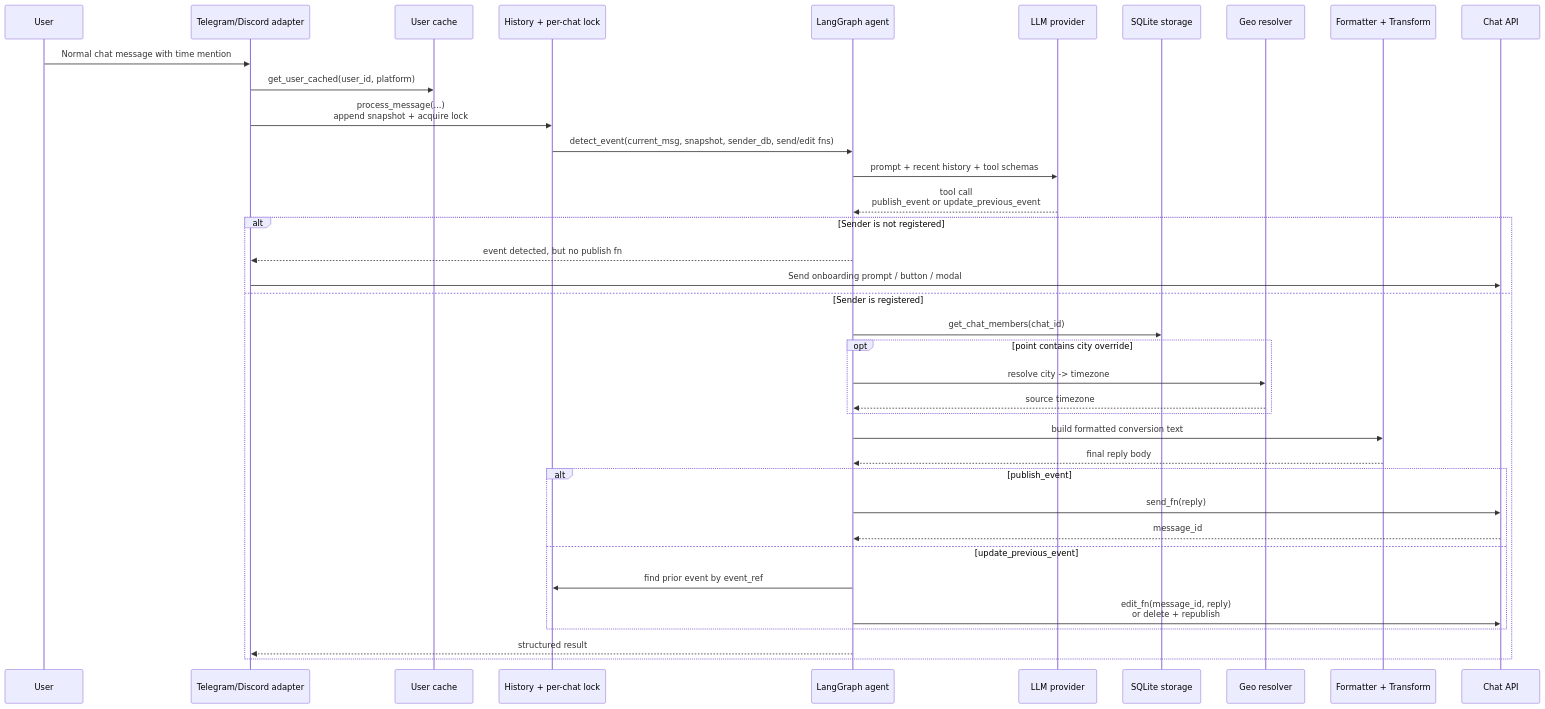
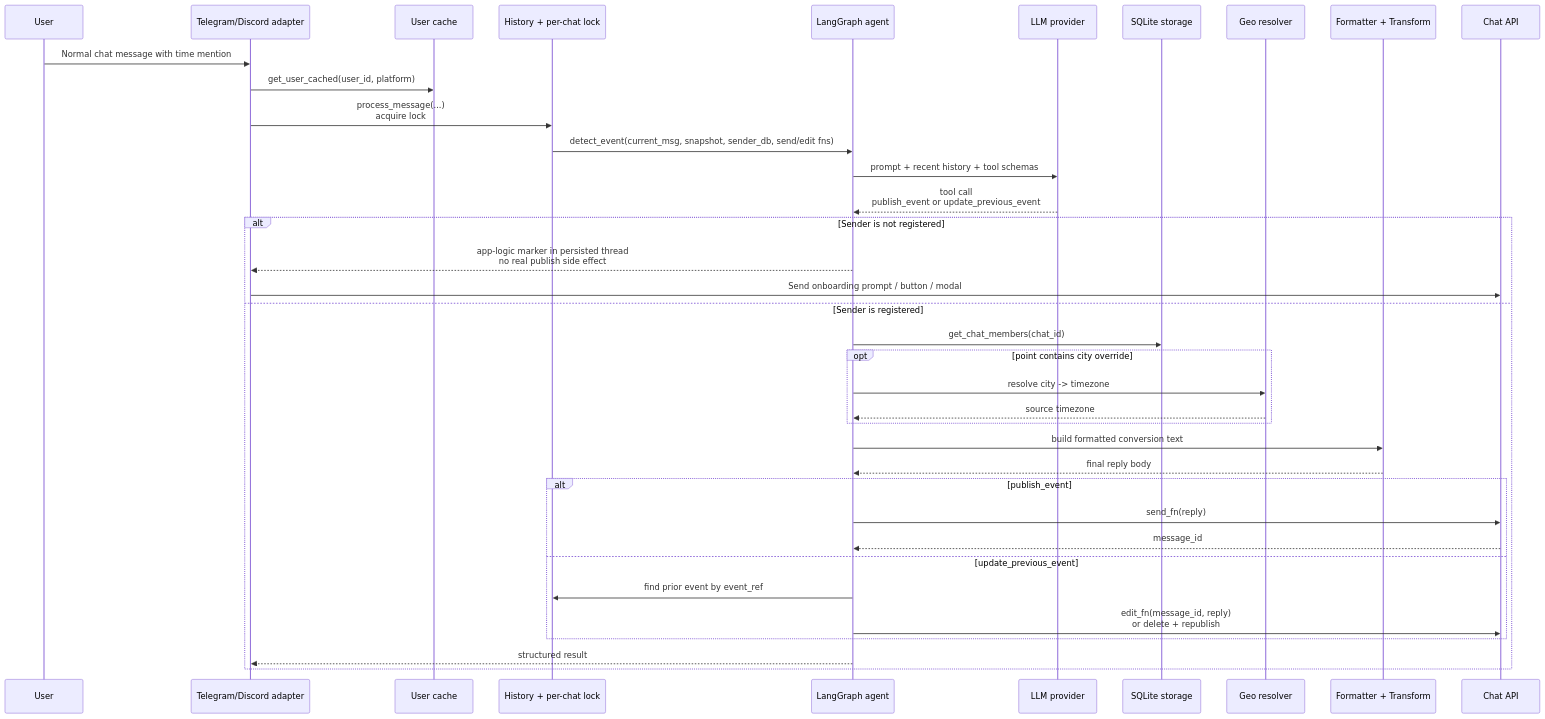
Before and after one commit to antlbn/Timezone_bot: the fourth of 4 diagrams in journal/00_system_context.md, drawn with Mermaid. The commit also changed other lines of this file and 8 other files, not shown here.

Commit message:
feat: Implement shared LangGraph runtime and cached LLM client with process-local action context for side-effect handling.

````diff
--- a/journal/00_system_context.md
+++ b/journal/00_system_context.md
@@ -176,42 +176,42 @@
 ```mermaid
 sequenceDiagram
     participant User as User
     participant Adapter as Telegram/Discord adapter
     participant Cache as User cache
     participant History as History + per-chat lock
     participant Agent as LangGraph agent
     participant LLM as LLM provider
     participant Store as SQLite storage
     participant Geo as Geo resolver
     participant Reply as Formatter + Transform
     participant Chat as Chat API
     User->>Adapter: Normal chat message with time mention
     Adapter->>Cache: get_user_cached(user_id, platform)
-    Adapter->>History: process_message(...)<br/>append snapshot + acquire lock
+    Adapter->>History: process_message(...)<br/>acquire lock
     History->>Agent: detect_event(current_msg, snapshot, sender_db, send/edit fns)
     Agent->>LLM: prompt + recent history + tool schemas
     LLM-->>Agent: tool call<br/>publish_event or update_previous_event
 
     alt Sender is not registered
-        Agent-->>Adapter: event detected, but no publish fn
+        Agent-->>Adapter: app-logic marker in persisted thread<br/>no real publish side effect
         Adapter->>Chat: Send onboarding prompt / button / modal
     else Sender is registered
         Agent->>Store: get_chat_members(chat_id)
         opt point contains city override
             Agent->>Geo: resolve city -> timezone
             Geo-->>Agent: source timezone
         end
         Agent->>Reply: build formatted conversion text
         Reply-->>Agent: final reply body
 
         alt publish_event
             Agent->>Chat: send_fn(reply)
             Chat-->>Agent: message_id
         else update_previous_event
             Agent->>History: find prior event by event_ref
             Agent->>Chat: edit_fn(message_id, reply)<br/>or delete + republish
         end
 
         Agent-->>Adapter: structured result
     end
 ```
````
